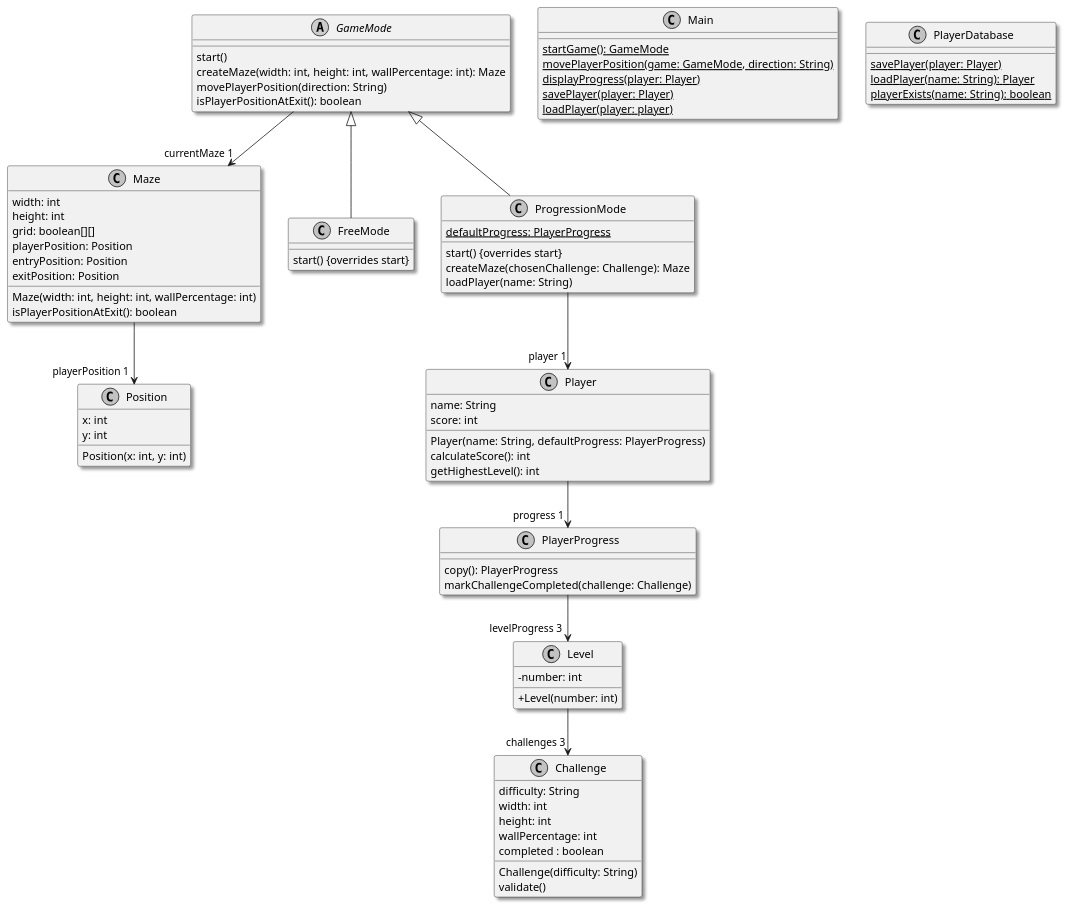
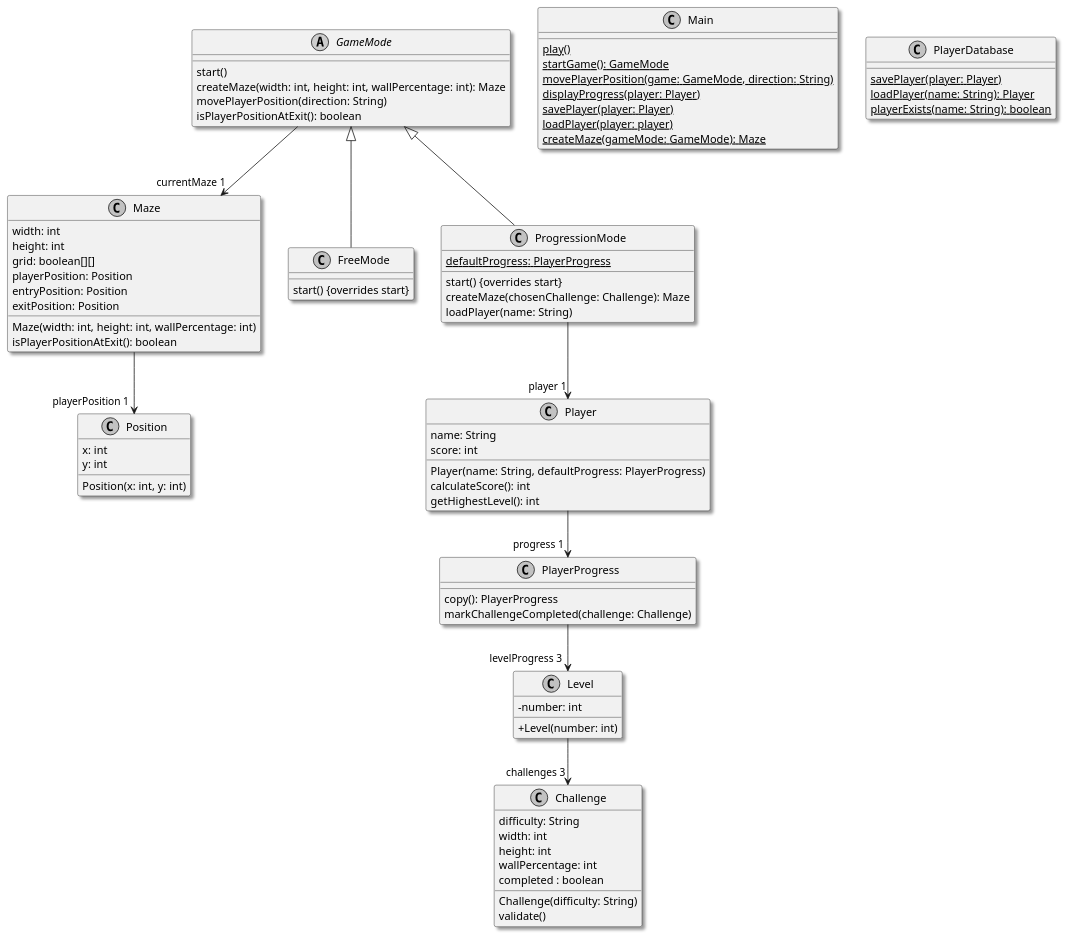
Before and after one commit to blavogiez/developpement-modulab-Semestre3: the diagram in rapports/analyse/diagramme_classes.puml, drawn with PlantUML. The commit also changed 8 other files, not shown here.

```diff
--- a/rapports/analyse/diagramme_classes.puml
+++ b/rapports/analyse/diagramme_classes.puml
@@ -1,93 +1,95 @@
 @startuml
 skinparam monochrome true
 skinparam shadowing true
 skinparam classAttributeIconSize 0
 
 class Maze {
   width: int
   height: int
   grid: boolean[][]
   playerPosition: Position
   entryPosition: Position
   exitPosition: Position
   Maze(width: int, height: int, wallPercentage: int)
   isPlayerPositionAtExit(): boolean
 }
 
 class Player {
   name: String
   score: int
   Player(name: String, defaultProgress: PlayerProgress)
   calculateScore(): int
   getHighestLevel(): int
 }
 
 class PlayerProgress {
   copy(): PlayerProgress
   markChallengeCompleted(challenge: Challenge)
 }
 
 class Position {
   x: int
   y: int
   Position(x: int, y: int)
 }
 
 abstract class GameMode {
   start()
   createMaze(width: int, height: int, wallPercentage: int): Maze
   movePlayerPosition(direction: String)
   isPlayerPositionAtExit(): boolean
 }
 
 class FreeMode {
   start() {overrides start}
 }
 
 class ProgressionMode {
   start() {overrides start}
   createMaze(chosenChallenge: Challenge): Maze
   loadPlayer(name: String)
   {static} defaultProgress: PlayerProgress
 }
 
 class Level {
   - number: int
   + Level(number: int)
 }
 
 class Challenge {
   difficulty: String
   width: int
   height: int
   wallPercentage: int
   completed : boolean
   Challenge(difficulty: String)
   validate()
 }
 
 class Main {
+  {static} play()
   {static} startGame(): GameMode
   {static} movePlayerPosition(game: GameMode, direction: String)
   {static} displayProgress(player: Player)
   {static} savePlayer(player: Player)
   {static} loadPlayer(player: player)
+  {static} createMaze(gameMode: GameMode): Maze
  
   'displayProgress(player: Player)'
 }
 
 class PlayerDatabase {
   {static} savePlayer(player: Player)
   {static} loadPlayer(name: String): Player
   {static} playerExists(name: String): boolean
 }
 
 Maze --> "playerPosition 1" Position
 GameMode --> "currentMaze 1" Maze
 GameMode <|-- FreeMode
 GameMode <|-- ProgressionMode
 ProgressionMode --> "player 1" Player
 Level --> "challenges 3" Challenge
 Player --> "progress 1" PlayerProgress
 PlayerProgress --> "levelProgress 3" Level
 @enduml
```
